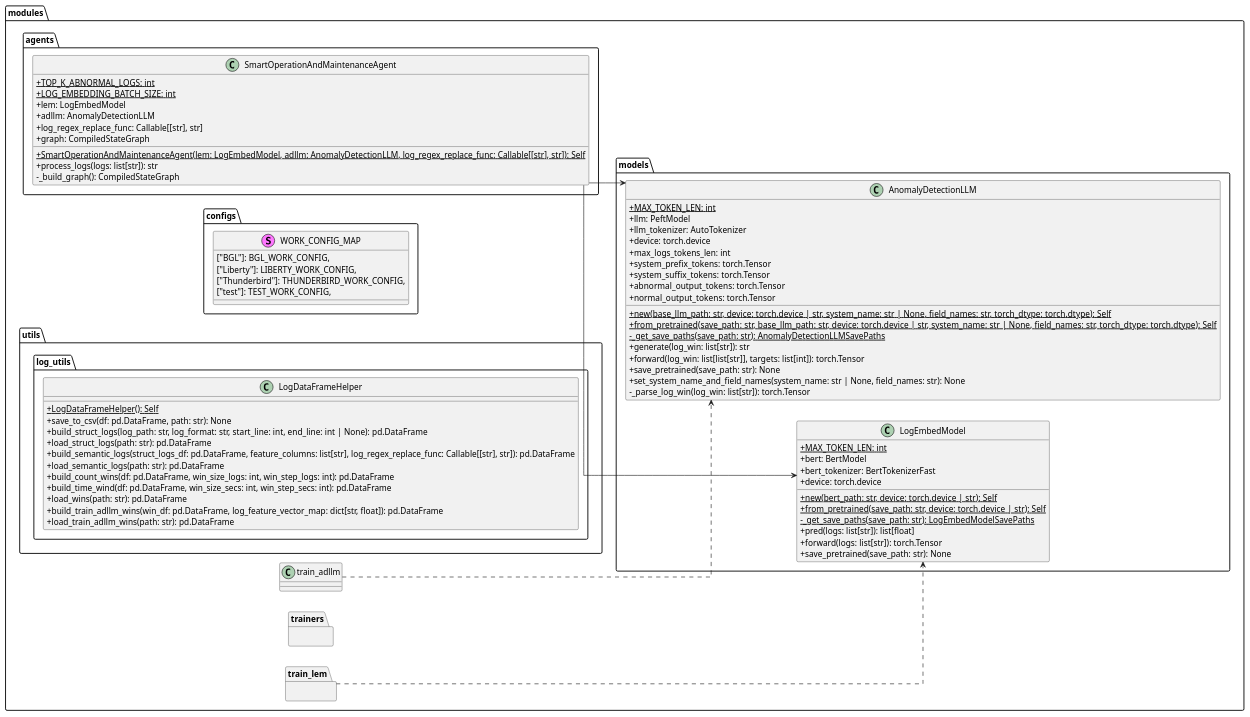
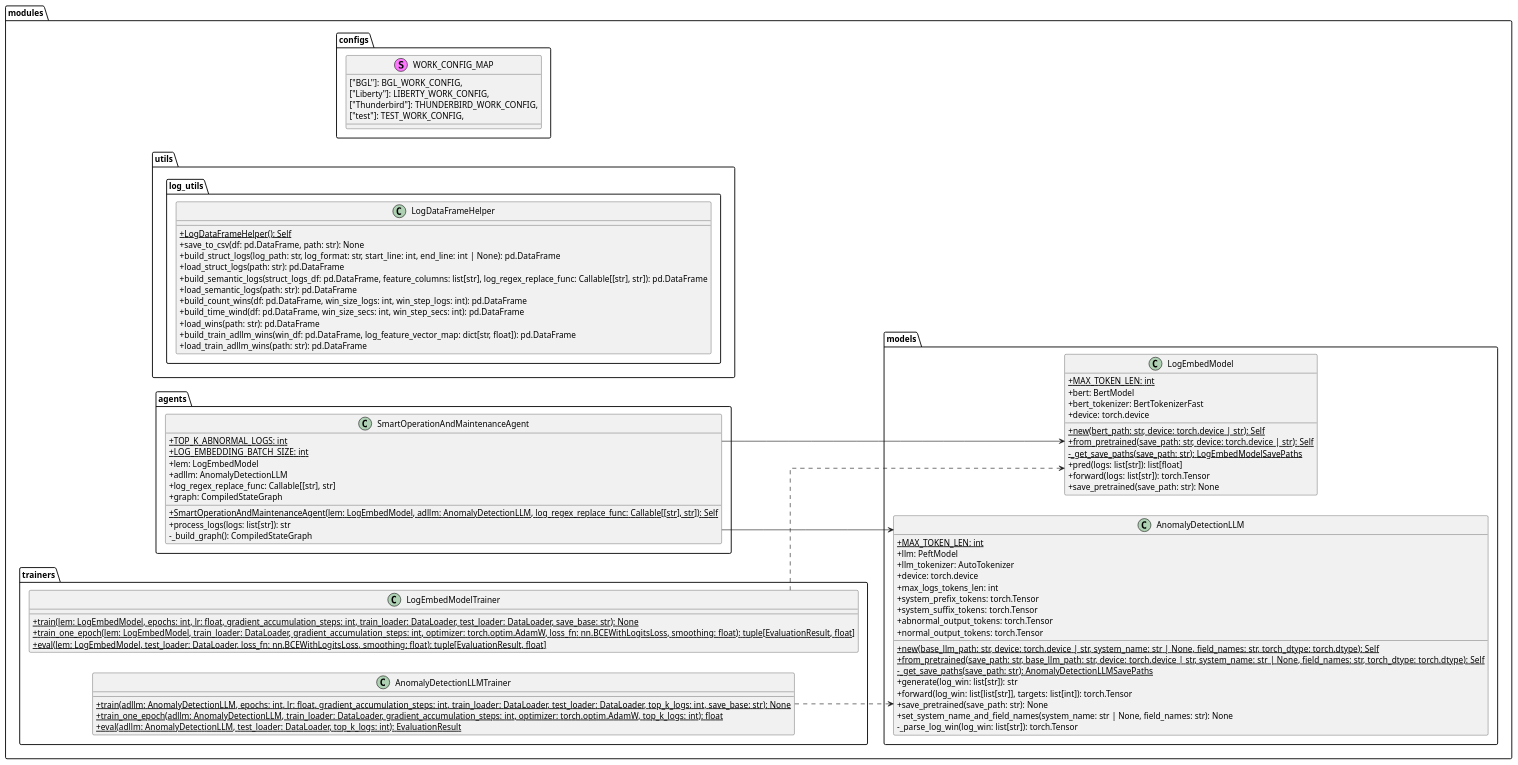
One commit to alsk1369854/smart-om-agent changed the diagram in docs/uml/class/smart-om-agent.pu. Above: the diagram before and after it, drawn with PlantUML. The commit also changed 1 other file, not shown here.

Commit message:
docs: update class-diagram

```diff
--- a/docs/uml/class/smart-om-agent.pu
+++ b/docs/uml/class/smart-om-agent.pu
@@ -1,115 +1,111 @@
 @startuml
 skinparam classAttributeIconSize 0
 left to right direction
 ' top to bottom direction
 
 skinparam linetype ortho
 ' skinparam linetype polyline
 
+
 package "modules" {
+    package "configs" {
+        stereotype WORK_CONFIG_MAP {
+            ["BGL"]: BGL_WORK_CONFIG,
+            ["Liberty"]: LIBERTY_WORK_CONFIG,
+            ["Thunderbird"]: THUNDERBIRD_WORK_CONFIG,
+            ["test"]: TEST_WORK_CONFIG,
+        }
+    }
+
+    package "utils" {
+        package "log_utils" {
+            class LogDataFrameHelper {
+                + {static} LogDataFrameHelper(): Self
+                + save_to_csv(df: pd.DataFrame, path: str): None
+                + build_struct_logs(log_path: str, log_format: str, start_line: int, end_line: int | None): pd.DataFrame
+                + load_struct_logs(path: str): pd.DataFrame
+                + build_semantic_logs(struct_logs_df: pd.DataFrame, feature_columns: list[str], log_regex_replace_func: Callable[[str], str]): pd.DataFrame
+                + load_semantic_logs(path: str): pd.DataFrame
+                + build_count_wins(df: pd.DataFrame, win_size_logs: int, win_step_logs: int): pd.DataFrame
+                + build_time_wind(df: pd.DataFrame, win_size_secs: int, win_step_secs: int): pd.DataFrame
+                + load_wins(path: str): pd.DataFrame
+                + build_train_adllm_wins(win_df: pd.DataFrame, log_feature_vector_map: dict[str, float]): pd.DataFrame
+                + load_train_adllm_wins(path: str): pd.DataFrame
+            }
+        }
+    }
+
     package "agents" {
         class SmartOperationAndMaintenanceAgent {
             + {static} TOP_K_ABNORMAL_LOGS: int
             + {static} LOG_EMBEDDING_BATCH_SIZE: int
             + lem: LogEmbedModel
             + adllm: AnomalyDetectionLLM
             + log_regex_replace_func: Callable[[str], str]
             + graph: CompiledStateGraph
 
             + {static} SmartOperationAndMaintenanceAgent(lem: LogEmbedModel, adllm: AnomalyDetectionLLM, log_regex_replace_func: Callable[[str], str]): Self
             + process_logs(logs: list[str]): str
             - _build_graph(): CompiledStateGraph
             
         }
     }
 
     package "models" {
         class LogEmbedModel {
             + {static} MAX_TOKEN_LEN: int
             + bert: BertModel
             + bert_tokenizer: BertTokenizerFast
             + device: torch.device
 
             + {static} new(bert_path: str, device: torch.device | str): Self
             + {static} from_pretrained(save_path: str, device: torch.device | str): Self
             - {static} _get_save_paths(save_path: str): LogEmbedModelSavePaths
             + pred(logs: list[str]): list[float]
             + forward(logs: list[str]): torch.Tensor
             + save_pretrained(save_path: str): None
         }
 
         class AnomalyDetectionLLM {
             + {static} MAX_TOKEN_LEN: int
             + llm: PeftModel
             + llm_tokenizer: AutoTokenizer
             + device: torch.device
             + max_logs_tokens_len: int
             + system_prefix_tokens: torch.Tensor
             + system_suffix_tokens: torch.Tensor
             + abnormal_output_tokens: torch.Tensor
             + normal_output_tokens: torch.Tensor
 
             + {static} new(base_llm_path: str, device: torch.device | str, system_name: str | None, field_names: str, torch_dtype: torch.dtype): Self
             + {static} from_pretrained(save_path: str, base_llm_path: str, device: torch.device | str, system_name: str | None, field_names: str, torch_dtype: torch.dtype): Self
             - {static} _get_save_paths(save_path: str): AnomalyDetectionLLMSavePaths
             + generate(log_win: list[str]): str
             + forward(log_win: list[list[str]], targets: list[int]): torch.Tensor
             + save_pretrained(save_path: str): None
             + set_system_name_and_field_names(system_name: str | None, field_names: str): None
             - _parse_log_win(log_win: list[str]): torch.Tensor
         }
     }
 
-    package "configs" {
-        stereotype WORK_CONFIG_MAP {
-            ["BGL"]: BGL_WORK_CONFIG,
-            ["Liberty"]: LIBERTY_WORK_CONFIG,
-            ["Thunderbird"]: THUNDERBIRD_WORK_CONFIG,
-            ["test"]: TEST_WORK_CONFIG,
+    package "trainers" {
+        class AnomalyDetectionLLMTrainer {
+            + {static} train(adllm: AnomalyDetectionLLM, epochs: int, lr: float, gradient_accumulation_steps: int, train_loader: DataLoader, test_loader: DataLoader, top_k_logs: int, save_base: str): None
+            + {static} train_one_epoch(adllm: AnomalyDetectionLLM, train_loader: DataLoader, gradient_accumulation_steps: int, optimizer: torch.optim.AdamW, top_k_logs: int): float
+            + {static} eval(adllm: AnomalyDetectionLLM, test_loader: DataLoader, top_k_logs: int): EvaluationResult
+        }
+
+        class LogEmbedModelTrainer {
+            + {static} train(lem: LogEmbedModel, epochs: int, lr: float, gradient_accumulation_steps: int, train_loader: DataLoader, test_loader: DataLoader, save_base: str): None
+            + {static} train_one_epoch(lem: LogEmbedModel, train_loader: DataLoader, gradient_accumulation_steps: int, optimizer: torch.optim.AdamW, loss_fn: nn.BCEWithLogitsLoss, smoothing: float): tuple[EvaluationResult, float]
+            + {static} eval(lem: LogEmbedModel, test_loader: DataLoader, loss_fn: nn.BCEWithLogitsLoss, smoothing: float): tuple[EvaluationResult, float]
         }
     }
 
-    package "trainers" {
-    }
-
-    class train_adllm {}
-
-    ' package "train_adllm" {
-'         def train(
-'     *,
-'     adllm: models.AnomalyDetectionLLM,
-'     epochs: int,
-'     lr: float,
-'     gradient_accumulation_steps: int,
-'     train_loader: DataLoader, 
-'     test_loader: DataLoader,
-'     top_k_logs: int,
-'     save_base: str,
-' ) -> None:
-    ' }
-    package "train_lem" {}
-
-    package "utils" {
-        package "log_utils" {
-            class LogDataFrameHelper {
-                + {static} LogDataFrameHelper(): Self
-                + save_to_csv(df: pd.DataFrame, path: str): None
-                + build_struct_logs(log_path: str, log_format: str, start_line: int, end_line: int | None): pd.DataFrame
-                + load_struct_logs(path: str): pd.DataFrame
-                + build_semantic_logs(struct_logs_df: pd.DataFrame, feature_columns: list[str], log_regex_replace_func: Callable[[str], str]): pd.DataFrame
-                + load_semantic_logs(path: str): pd.DataFrame
-                + build_count_wins(df: pd.DataFrame, win_size_logs: int, win_step_logs: int): pd.DataFrame
-                + build_time_wind(df: pd.DataFrame, win_size_secs: int, win_step_secs: int): pd.DataFrame
-                + load_wins(path: str): pd.DataFrame
-                + build_train_adllm_wins(win_df: pd.DataFrame, log_feature_vector_map: dict[str, float]): pd.DataFrame
-                + load_train_adllm_wins(path: str): pd.DataFrame
-            }
-        }
-    }
 }
 
 SmartOperationAndMaintenanceAgent --> LogEmbedModel
 SmartOperationAndMaintenanceAgent --> AnomalyDetectionLLM
-train_adllm ..> AnomalyDetectionLLM
-train_lem ..> LogEmbedModel
+AnomalyDetectionLLMTrainer ..> AnomalyDetectionLLM
+LogEmbedModelTrainer ..> LogEmbedModel
 @enduml
```
